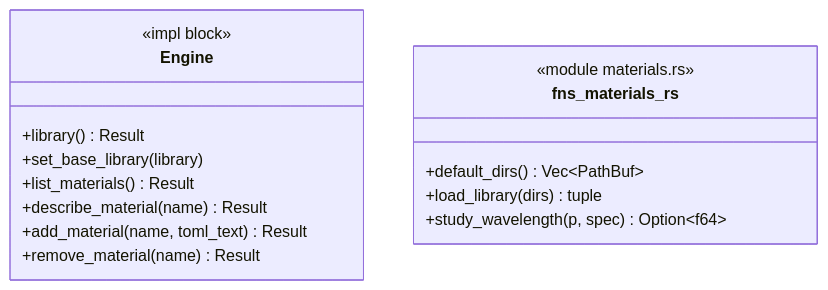
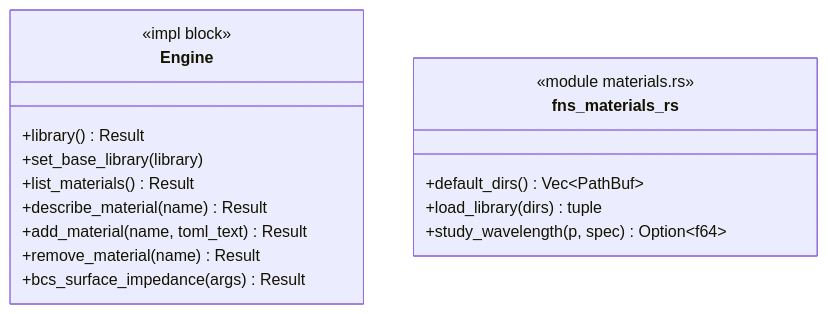
One commit to p-j-r/nyx changed the diagram in docs/architecture/c4/4-code/engine/materials.md. Above: the diagram before and after it, drawn with Mermaid. The commit also changed other lines of this file and 208 other files, not shown here.

````diff
--- a/docs/architecture/c4/4-code/engine/materials.md
+++ b/docs/architecture/c4/4-code/engine/materials.md
@@ -36,18 +36,19 @@
 ```mermaid
 classDiagram
   class Engine {
       <<impl block>>
       +library() Result
       +set_base_library(library)
       +list_materials() Result
       +describe_material(name) Result
       +add_material(name, toml_text) Result
       +remove_material(name) Result
+      +bcs_surface_impedance(args) Result
   }
   class fns_materials_rs {
       <<module materials.rs>>
       +default_dirs() Vec~PathBuf~
       +load_library(dirs) tuple
       +study_wavelength(p, spec) Option~f64~
   }
 ```
````
